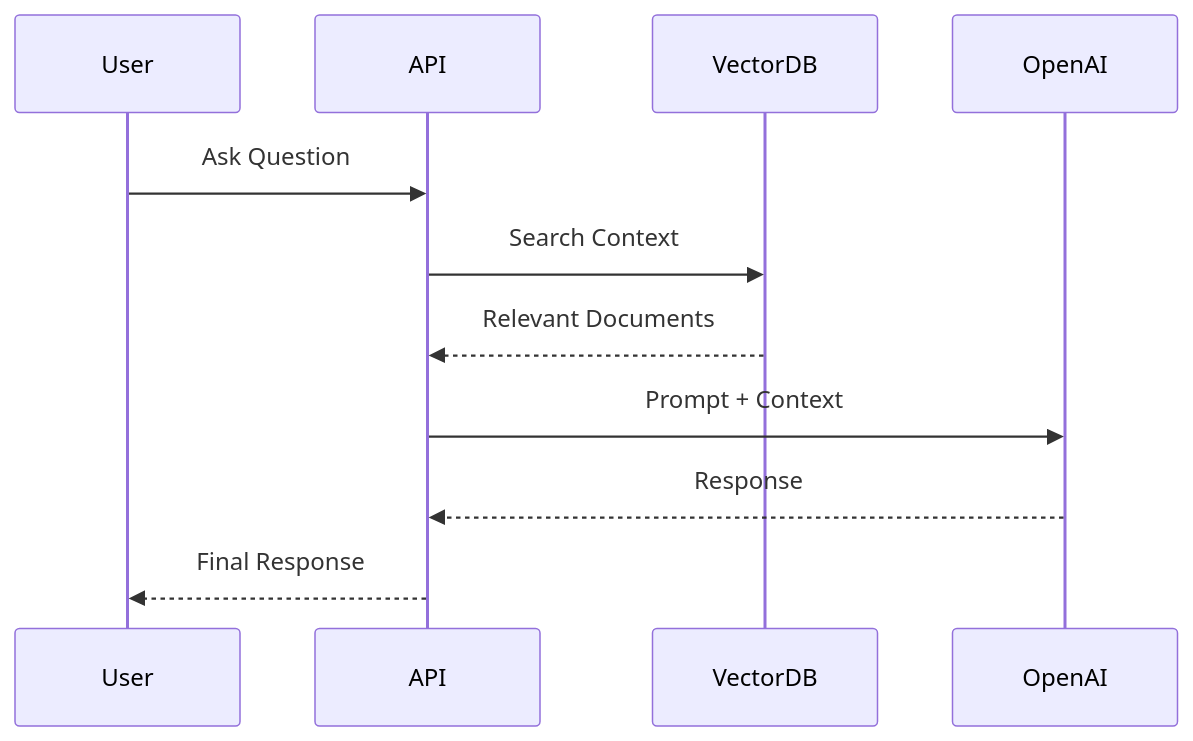
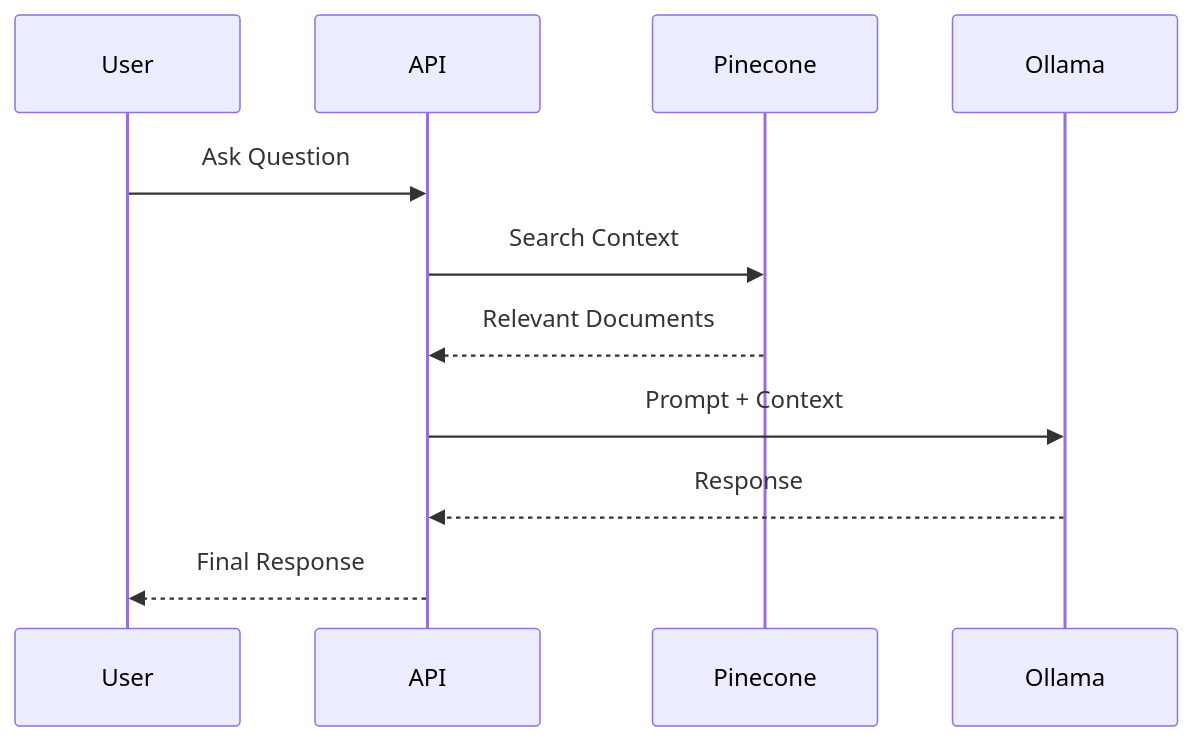
Before and after one commit to mohammadadil-dev/financial-assistant-api: the second of 2 diagrams in README.md, drawn with Mermaid. The commit also changed other lines of this file, not shown here.

````diff
--- a/README.md
+++ b/README.md
@@ -54,15 +54,15 @@
 ```mermaid
 sequenceDiagram
 
 User->>API: Ask Question
 
-API->>VectorDB: Search Context
+API->>Pinecone: Search Context
 
-VectorDB-->>API: Relevant Documents
+Pinecone-->>API: Relevant Documents
 
-API->>OpenAI: Prompt + Context
+API->>Ollama: Prompt + Context
 
-OpenAI-->>API: Response
+Ollama-->>API: Response
 
 API-->>User: Final Response
 ```
````
